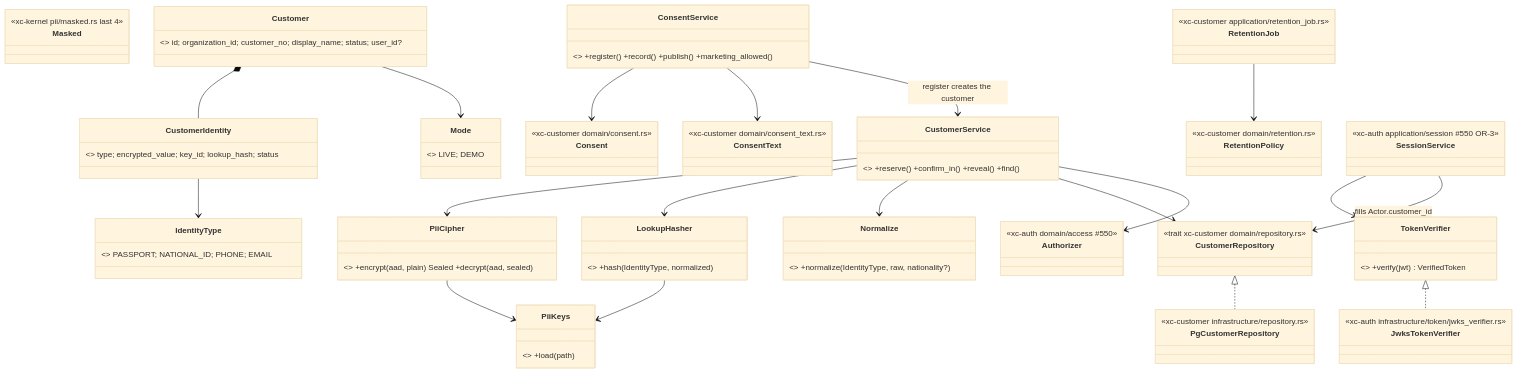
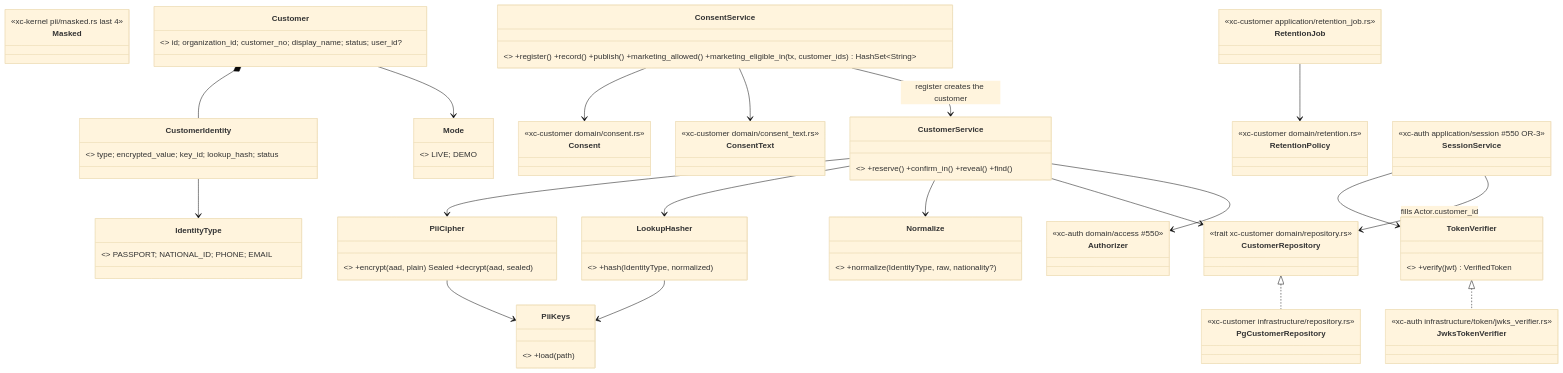
Before and after one commit to yuthstyle88/xchange-dev: the diagram in docs/design/blueprint/customer-identity-consent.md, drawn with Mermaid (base theme). The commit also changed other lines of this file, not shown here.

Commit message:
docs(design): ConsentService::marketing_eligible_in — one batched read for marketing eligibility (D-13) (#1997)
The segment snapshot asks up to three consent queries per matching customer,
and the SMS/EMAIL/PUSH any-of rule is copied in three places. Name one batched,
associated function that owns the rule, and list its two callers.

````diff
--- a/docs/design/blueprint/customer-identity-consent.md
+++ b/docs/design/blueprint/customer-identity-consent.md
@@ -183,44 +184,44 @@
 ```mermaid
 classDiagram
   class PiiCipher { <<xc-kernel pii/cipher.rs>> +encrypt(aad, plain) Sealed +decrypt(aad, sealed) }
   class LookupHasher { <<xc-kernel pii/lookup_hash.rs>> +hash(IdentityType, normalized) }
   %% LookupHasher::hash = HMAC(hk, TYPE || 0x1f || normalized)
   class Normalize { <<xc-kernel pii/normalize.rs>> +normalize(IdentityType, raw, nationality?) }
   class PiiKeys { <<xc-kernel pii/key_file.rs  /etc/xc-v3/pii.key>> +load(path) }
   class Masked { <<xc-kernel pii/masked.rs  last 4>> }
   class Customer { <<xc-customer domain/customer.rs>> id; organization_id; customer_no; display_name; status; user_id? }
   class CustomerIdentity { <<xc-customer domain/identity.rs>> type; encrypted_value; key_id; lookup_hash; status }
   class Mode { <<enum xc-kernel mode.rs  moved, not copied, from xc-exchange domain/customer/value_objects/mode.rs>> LIVE; DEMO }
   class IdentityType { <<enum xc-kernel pii/identity_type.rs  used by xc-customer, not copied>> PASSPORT; NATIONAL_ID; PHONE; EMAIL }
   class CustomerRepository { <<trait xc-customer domain/repository.rs>> }
   class PgCustomerRepository { <<xc-customer infrastructure/repository.rs>> }
   class CustomerService { <<xc-customer application/customer_service.rs>> +reserve() +confirm_in() +reveal() +find() }
   class Consent { <<xc-customer domain/consent.rs>> }
   class ConsentText { <<xc-customer domain/consent_text.rs>> }
-  class ConsentService { <<xc-customer application/consent_service.rs>> +register() +record() +publish() +marketing_allowed() }
+  class ConsentService { <<xc-customer application/consent_service.rs>> +register() +record() +publish() +marketing_allowed() +marketing_eligible_in(tx, customer_ids) HashSet~String~ }
   class RetentionPolicy { <<xc-customer domain/retention.rs>> }
   class RetentionJob { <<xc-customer application/retention_job.rs>> }
   class TokenVerifier { <<trait xc-auth domain/token/token_verifier.rs  I-2>> +verify(jwt) VerifiedToken }
   class JwksTokenVerifier { <<xc-auth infrastructure/token/jwks_verifier.rs>> }
   class Authorizer { <<xc-auth domain/access  #550>> }
   class SessionService { <<xc-auth application/session  #550 OR-3>> }
 
   CustomerService --> PiiCipher
   CustomerService --> LookupHasher
   CustomerService --> Normalize
   CustomerService --> CustomerRepository
   CustomerService --> Authorizer
   CustomerRepository <|.. PgCustomerRepository
   Customer *-- CustomerIdentity
   Customer --> Mode
   CustomerIdentity --> IdentityType
   ConsentService --> Consent
   ConsentService --> ConsentText
   ConsentService --> CustomerService : register creates the customer
   RetentionJob --> RetentionPolicy
   PiiCipher --> PiiKeys
   LookupHasher --> PiiKeys
   TokenVerifier <|.. JwksTokenVerifier
   SessionService --> TokenVerifier
   SessionService --> CustomerRepository : fills Actor.customer_id
 ```
````
